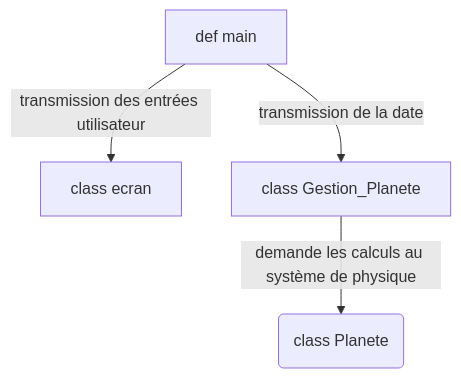
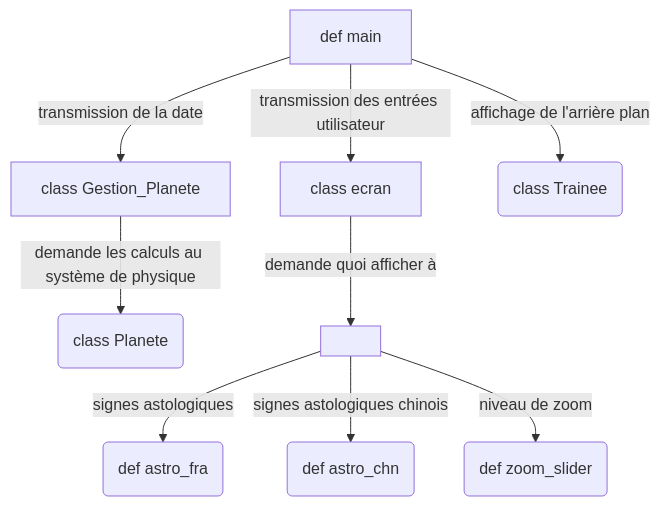
One commit to PaulJeFi/solar-system changed the diagram in README.md. Above: the diagram before and after it, drawn with Mermaid.

````diff
--- a/README.md
+++ b/README.md
@@ -5,6 +5,11 @@
 ```mermaid
 flowchart TD
     A[def main] -- transmission des entrées utilisateur --> B[class ecran];
     A -- transmission de la date --> C[class Gestion_Planete];
     C -- demande les calculs au système de physique --> D(class Planete);
+    B -- demande quoi afficher à --> E[ ];
+    E -- signes astologiques --> F(def astro_fra);
+    E -- signes astologiques chinois --> G(def astro_chn);
+    E -- niveau de zoom --> H(def zoom_slider);
+    A -- affichage de l'arrière plan --> I(class Trainee);
 ```
````
